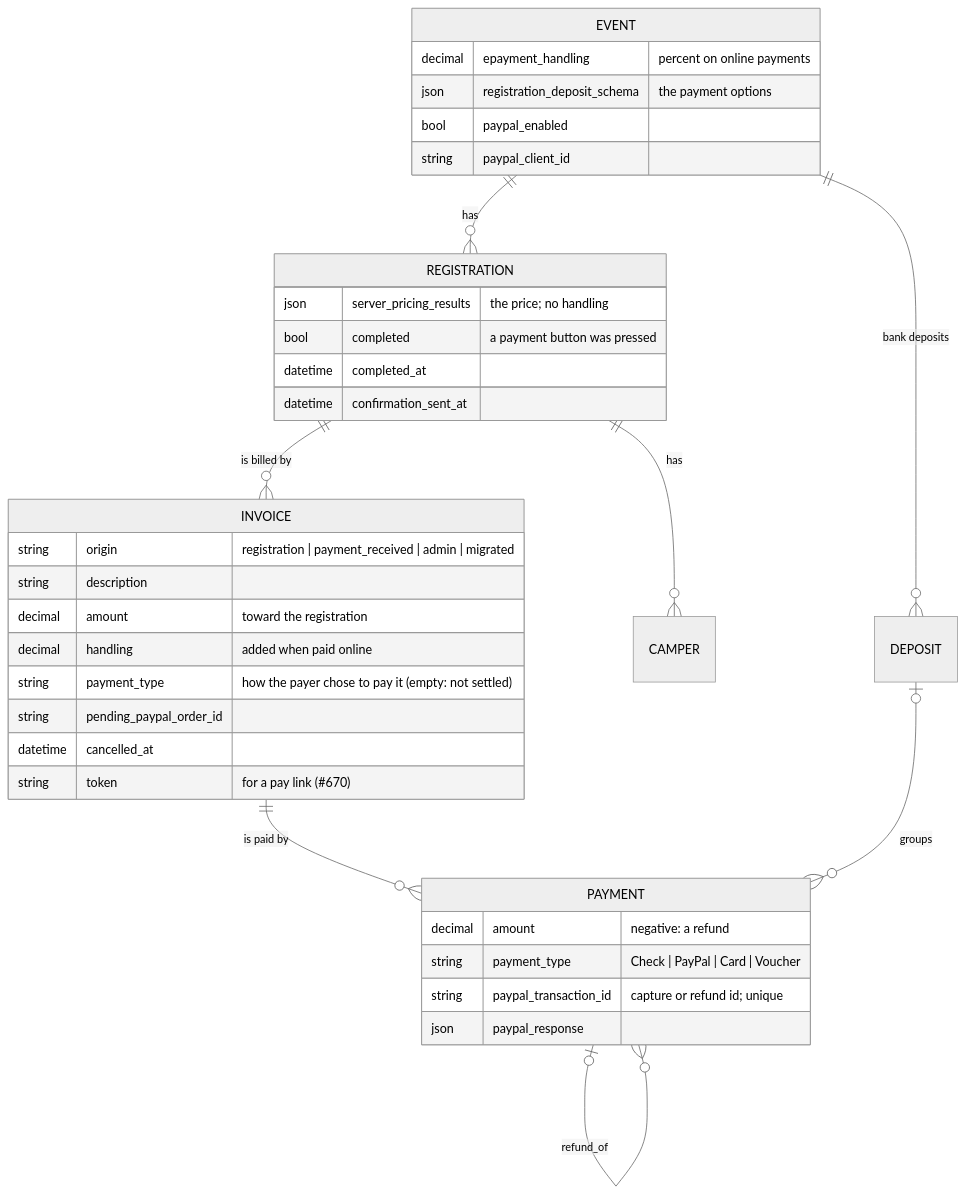
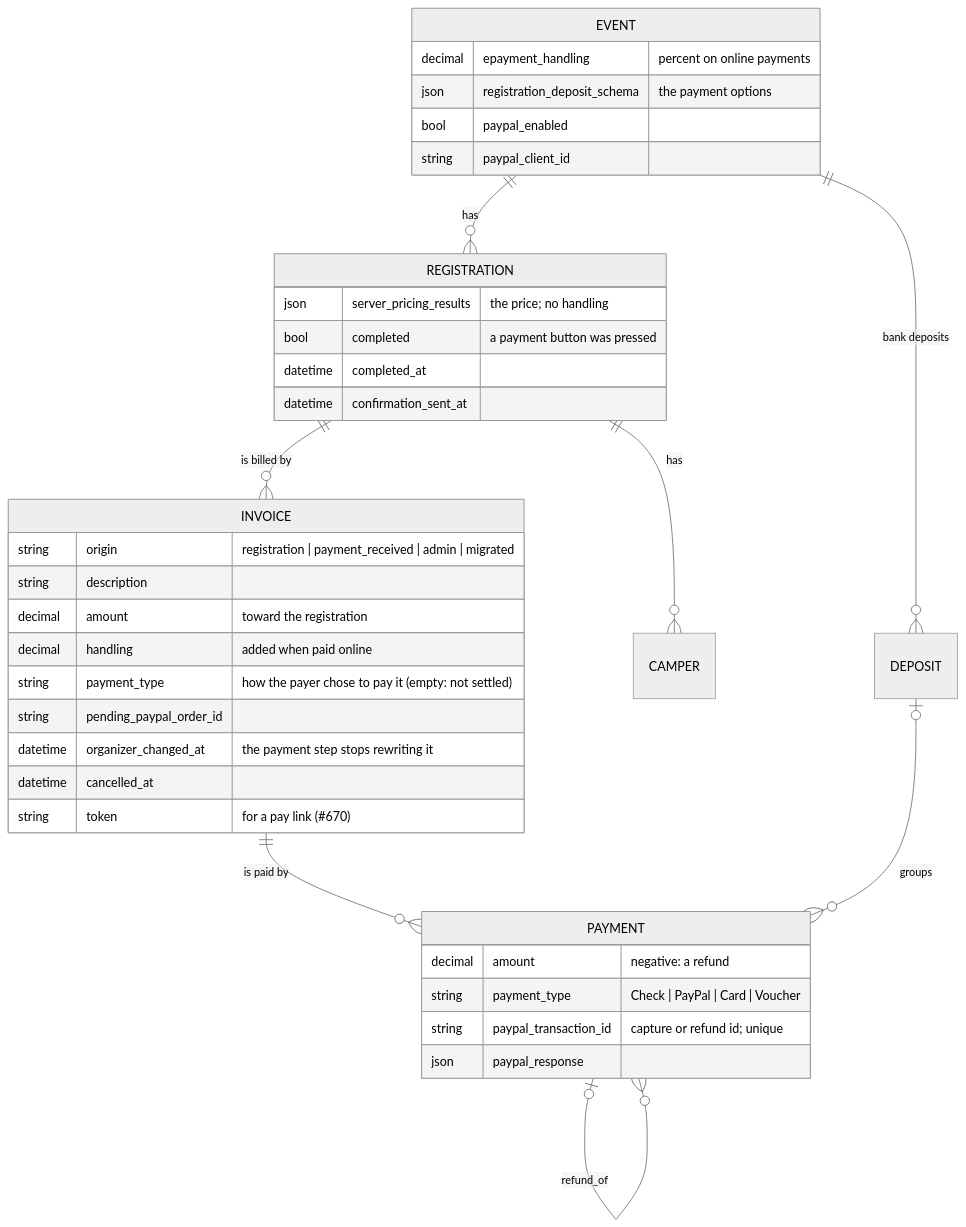
Before and after one commit to camphoric/camphoric: the first of 12 diagrams in doc/payments.md, drawn with Mermaid (neutral theme). The commit also changed other lines of this file and 15 other files, not shown here.

````diff
--- a/doc/payments.md
+++ b/doc/payments.md
@@ -43,38 +43,39 @@
 ```mermaid
 erDiagram
     EVENT ||--o{ REGISTRATION : has
     EVENT ||--o{ DEPOSIT : "bank deposits"
     REGISTRATION ||--o{ CAMPER : has
     REGISTRATION ||--o{ INVOICE : "is billed by"
     INVOICE ||--o{ PAYMENT : "is paid by"
     PAYMENT |o--o{ PAYMENT : "refund_of"
     DEPOSIT |o--o{ PAYMENT : groups
     EVENT {
         decimal epayment_handling "percent on online payments"
         json registration_deposit_schema "the payment options"
         bool paypal_enabled
         string paypal_client_id
     }
     REGISTRATION {
         json server_pricing_results "the price; no handling"
         bool completed "a payment button was pressed"
         datetime completed_at
         datetime confirmation_sent_at
     }
     INVOICE {
         string origin "registration | payment_received | admin | migrated"
         string description
         decimal amount "toward the registration"
         decimal handling "added when paid online"
         string payment_type "how the payer chose to pay it (empty: not settled)"
         string pending_paypal_order_id
+        datetime organizer_changed_at "the payment step stops rewriting it"
         datetime cancelled_at
         string token "for a pay link (#670)"
     }
     PAYMENT {
         decimal amount "negative: a refund"
         string payment_type "Check | PayPal | Card | Voucher"
         string paypal_transaction_id "capture or refund id; unique"
         json paypal_response
     }
 ```
````
